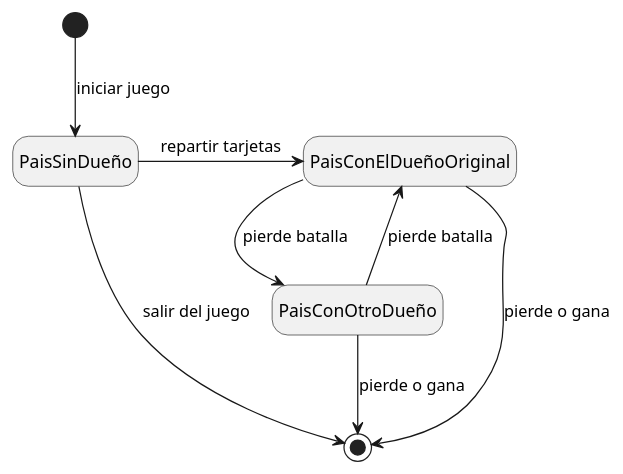
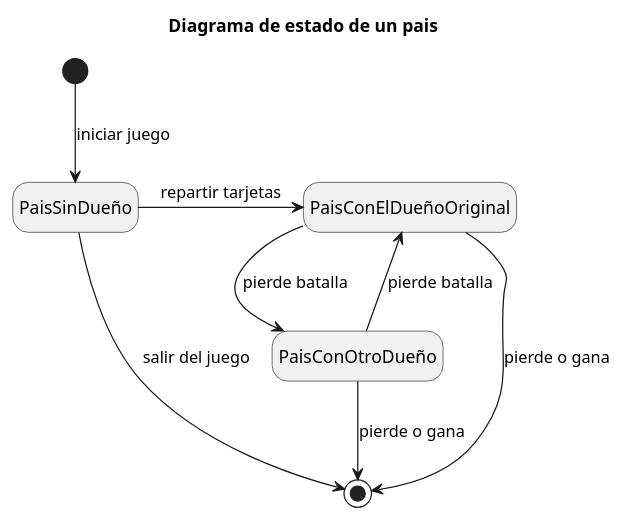
The diagram in diagramas/diagramaEstado_pais.wsd (daniela41149/algo3_tp2), drawn with PlantUML before and after one commit. The commit also changed 1 other file, not shown here.

```diff
--- a/diagramas/diagramaEstado_pais.wsd
+++ b/diagramas/diagramaEstado_pais.wsd
@@ -1,11 +1,12 @@
 @startuml
+Title Diagrama de estado de un pais
 hide empty description
 [*] --> PaisSinDueño: iniciar juego
 PaisSinDueño--> [*]: salir del juego
 
 PaisSinDueño-> PaisConElDueñoOriginal: repartir tarjetas
 PaisConElDueñoOriginal--> [*]: pierde o gana
 PaisConElDueñoOriginal--> PaisConOtroDueño: pierde batalla
 PaisConOtroDueño--> PaisConElDueñoOriginal: pierde batalla
 PaisConOtroDueño--> [*]: pierde o gana
 @enduml
```
